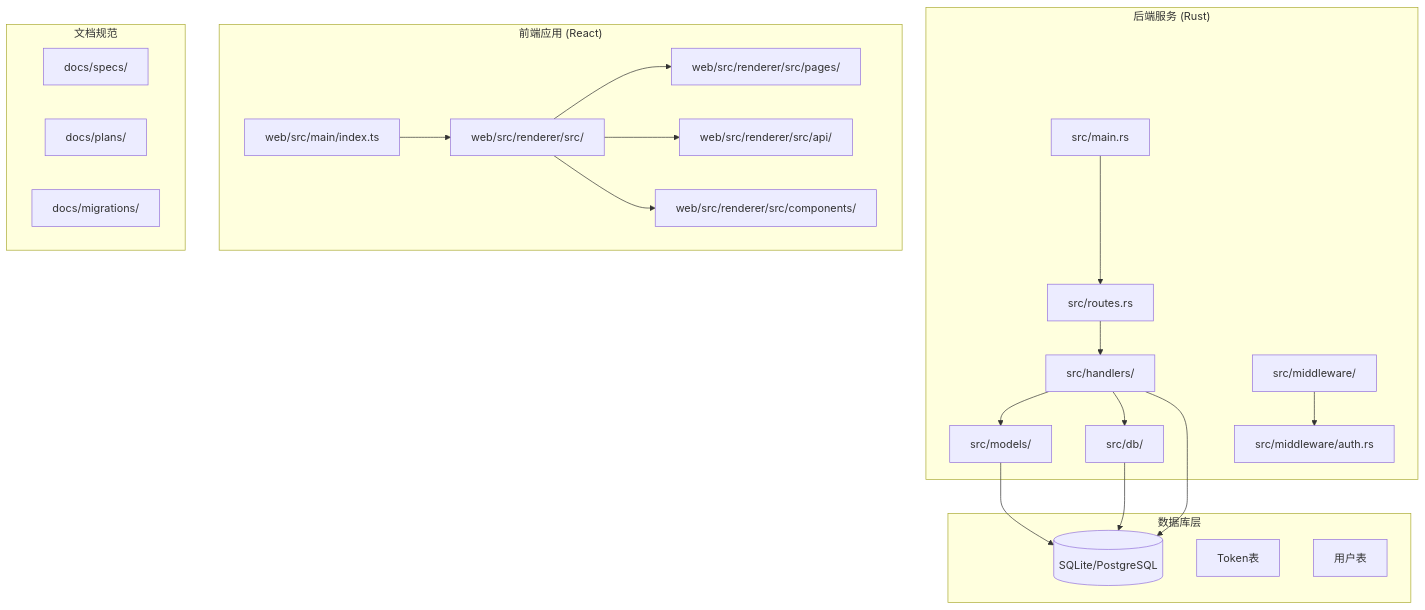
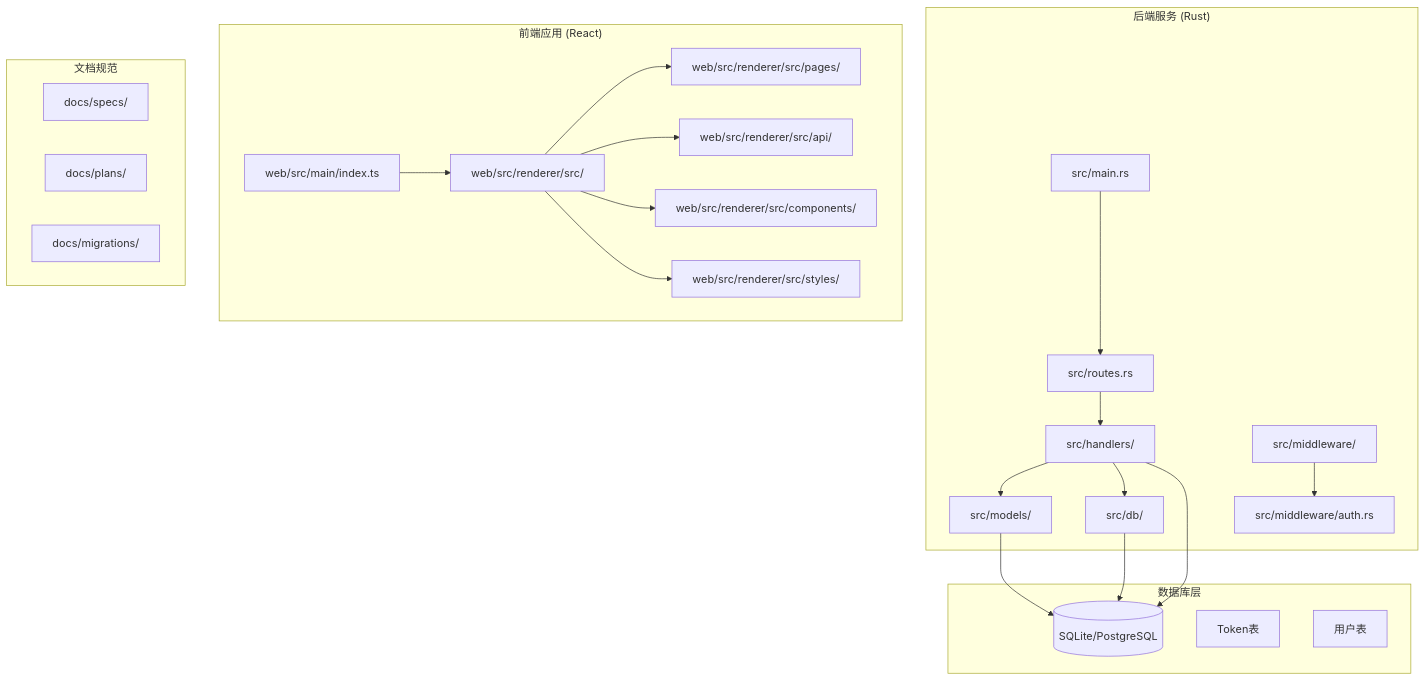
The first of 10 diagrams in .qoder/repowiki/zh/content/开发指南/前端开发指南/令牌管理页面.md (leimu-hue/AI-Trend-Tool), drawn with Mermaid before and after one commit. The commit also changed other lines of this file and 5 other files, not shown here.

````diff
--- a/.qoder/repowiki/zh/content/开发指南/前端开发指南/令牌管理页面.md
+++ b/.qoder/repowiki/zh/content/开发指南/前端开发指南/令牌管理页面.md
@@ -37,29 +49,30 @@
 ```mermaid
 graph TB
 subgraph "后端服务 (Rust)"
 A[src/main.rs] --> B[src/routes.rs]
 B --> C[src/handlers/]
 C --> D[src/models/]
 C --> E[src/db/]
 F[src/middleware/] --> G[src/middleware/auth.rs]
 end
 subgraph "前端应用 (React)"
 H[web/src/main/index.ts] --> I[web/src/renderer/src/]
 I --> J[web/src/renderer/src/pages/]
 I --> K[web/src/renderer/src/api/]
 I --> L[web/src/renderer/src/components/]
+I --> M[web/src/renderer/src/styles/]
 end
 subgraph "数据库层"
-M[(SQLite/PostgreSQL)]
-N[Token表]
-O[用户表]
+N[(SQLite/PostgreSQL)]
+O[Token表]
+P[用户表]
 end
 subgraph "文档规范"
-P[docs/specs/]
-Q[docs/plans/]
-R[docs/migrations/]
+Q[docs/specs/]
+R[docs/plans/]
+S[docs/migrations/]
 end
-C --> M
-D --> M
-E --> M
+C --> N
+D --> N
+E --> N
 ```
````
